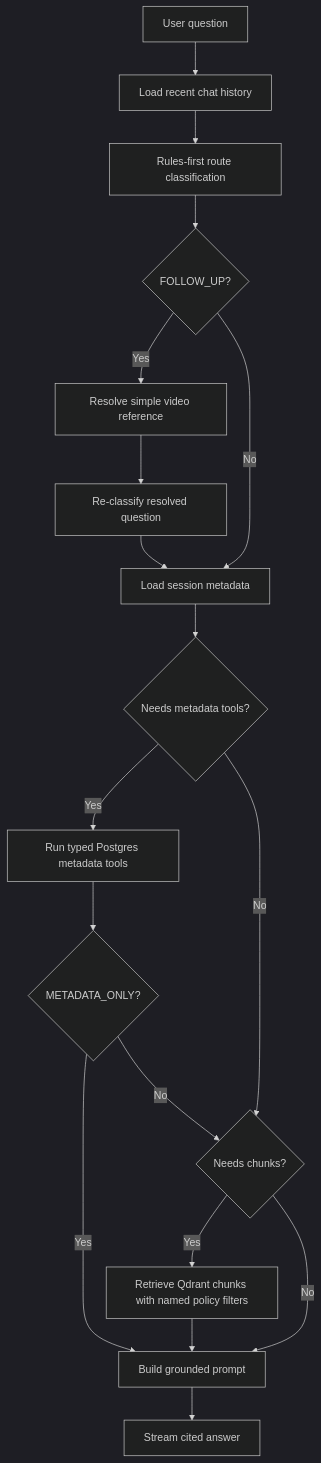
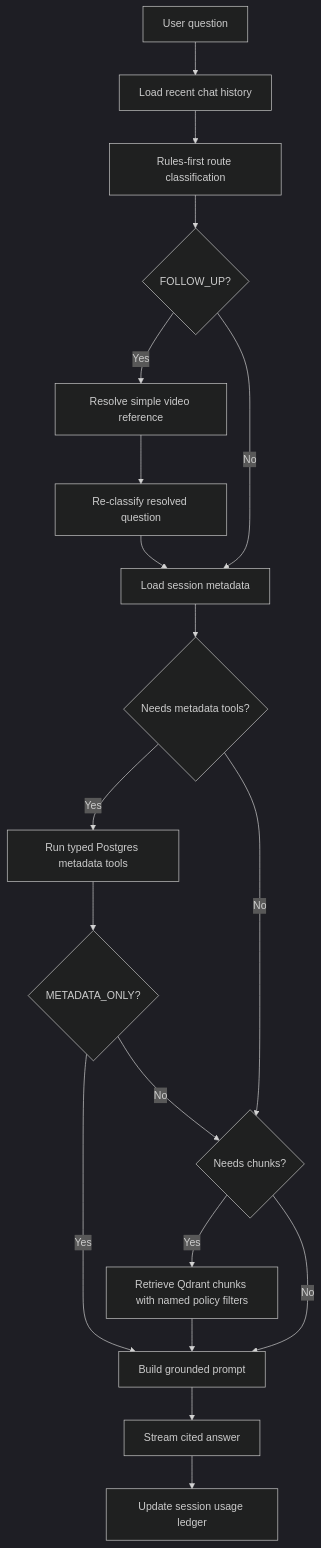
One commit to nirmaljb/CreatorGPT changed the diagram in docs/phase/phase-2.md. Above: the diagram before and after it, drawn with Mermaid (dark theme). The commit also changed other lines of this file and 18 other files, not shown here.

````diff
--- a/docs/phase/phase-2.md
+++ b/docs/phase/phase-2.md
@@ -79,20 +80,21 @@
 ```mermaid
 flowchart TD
     Q[User question] --> H[Load recent chat history]
     H --> R[Rules-first route classification]
     R --> F{FOLLOW_UP?}
     F -- Yes --> Resolve[Resolve simple video reference]
     Resolve --> R2[Re-classify resolved question]
     F -- No --> M[Load session metadata]
     R2 --> M
     M --> T{Needs metadata tools?}
     T -- Yes --> PG[Run typed Postgres metadata tools]
     T -- No --> C{Needs chunks?}
     PG --> DoneMeta{METADATA_ONLY?}
     DoneMeta -- Yes --> Prompt[Build grounded prompt]
     DoneMeta -- No --> C
     C -- Yes --> QD[Retrieve Qdrant chunks with named policy filters]
     C -- No --> Prompt
     QD --> Prompt
     Prompt --> Stream[Stream cited answer]
+    Stream --> Ledger[Update session usage ledger]
 ```
````
